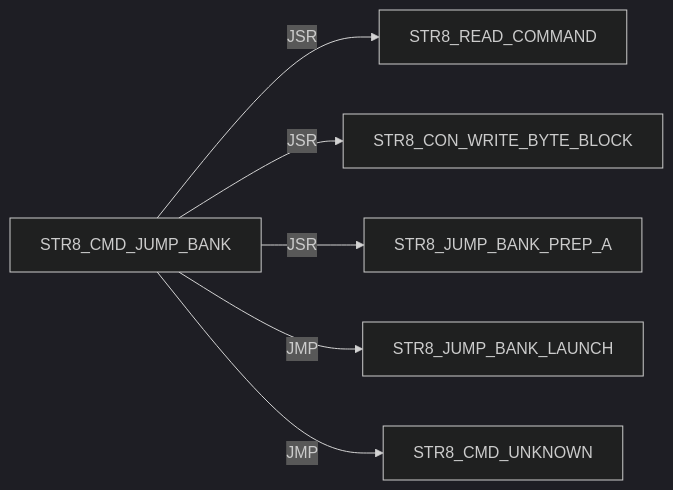
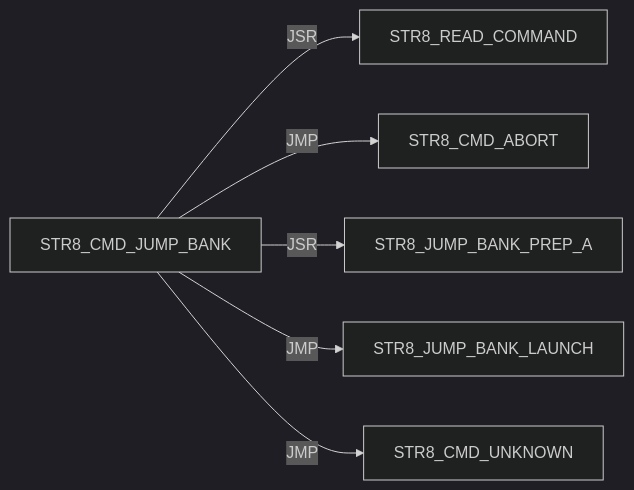
Diagram 39 of 45 in DOC/GUIDES/STR8/STR8_EDGE_DUMP.md (95westus/R-YORS), drawn with Mermaid (dark theme) before and after one commit. The commit also changed other lines of this file and 42 other files, not shown here.

First line of the commit message:
STR8: publish validated bank jump record

````diff
--- a/DOC/GUIDES/STR8/STR8_EDGE_DUMP.md
+++ b/DOC/GUIDES/STR8/STR8_EDGE_DUMP.md
@@ -451,8 +452,8 @@
 ```mermaid
 flowchart LR
     N0["STR8_CMD_JUMP_BANK"] -->|JSR| N1["STR8_READ_COMMAND"]
-    N0["STR8_CMD_JUMP_BANK"] -->|JSR| N2["STR8_CON_WRITE_BYTE_BLOCK"]
+    N0["STR8_CMD_JUMP_BANK"] -->|JMP| N2["STR8_CMD_ABORT"]
     N0["STR8_CMD_JUMP_BANK"] -->|JSR| N3["STR8_JUMP_BANK_PREP_A"]
     N0["STR8_CMD_JUMP_BANK"] -->|JMP| N4["STR8_JUMP_BANK_LAUNCH"]
     N0["STR8_CMD_JUMP_BANK"] -->|JMP| N5["STR8_CMD_UNKNOWN"]
 ```
````
